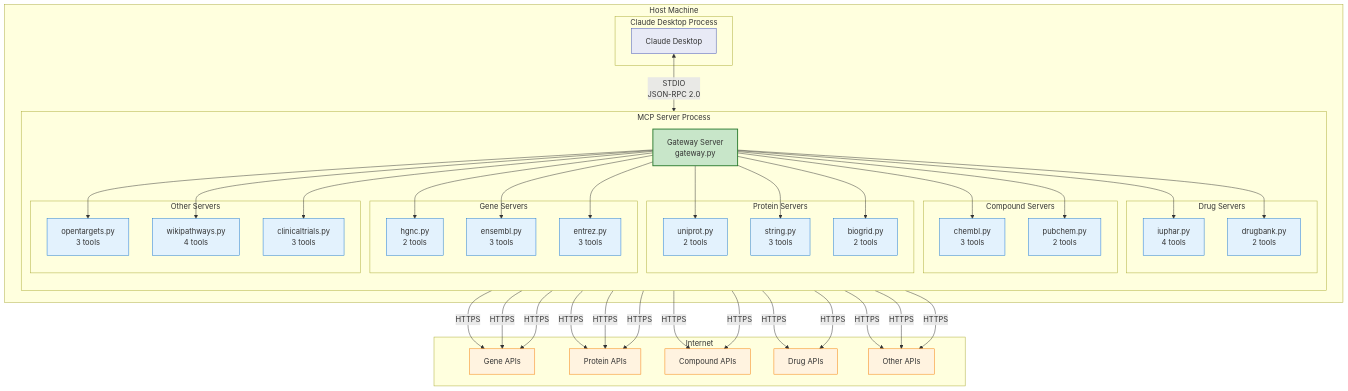
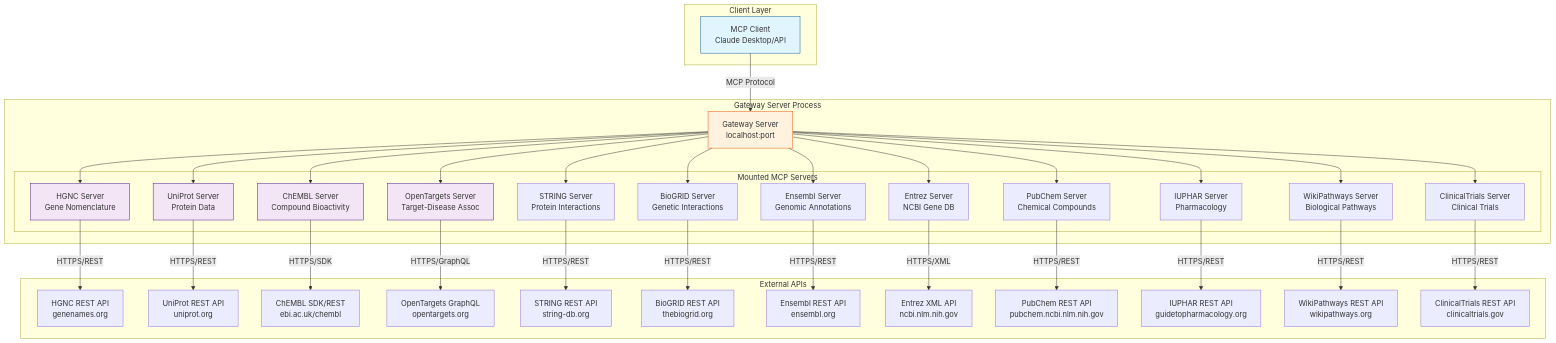
One commit to donbr/lifesciences-research changed the first of 11 diagrams in architecture/diagrams/06_deployment_architecture.md. Above: the diagram before and after it, drawn with Mermaid. The commit also changed other lines of this file and 8 other files, not shown here.

````diff
--- a/architecture/diagrams/06_deployment_architecture.md
+++ b/architecture/diagrams/06_deployment_architecture.md
@@ -73,73 +13,75 @@
 ```mermaid
 graph TB
-    subgraph "Host Machine"
-        subgraph "Claude Desktop Process"
-            CD[Claude Desktop]
-        end
-
-        subgraph "MCP Server Process"
-            direction TB
-            GW[Gateway Server<br/>gateway.py]
-
-            subgraph "Gene Servers"
-                HGNC[hgnc.py<br/>2 tools]
-                ENS[ensembl.py<br/>3 tools]
-                ENT[entrez.py<br/>3 tools]
-            end
-
-            subgraph "Protein Servers"
-                UP[uniprot.py<br/>2 tools]
-                STR[string.py<br/>3 tools]
-                BG[biogrid.py<br/>2 tools]
-            end
-
-            subgraph "Compound Servers"
-                CH[chembl.py<br/>3 tools]
-                PC[pubchem.py<br/>2 tools]
-            end
-
-            subgraph "Drug Servers"
-                IU[iuphar.py<br/>4 tools]
-                DB[drugbank.py<br/>2 tools]
-            end
-
-            subgraph "Other Servers"
-                OT[opentargets.py<br/>3 tools]
-                WP[wikipathways.py<br/>4 tools]
-                CT[clinicaltrials.py<br/>3 tools]
-            end
-
-            GW --> HGNC & ENS & ENT
-            GW --> UP & STR & BG
-            GW --> CH & PC
-            GW --> IU & DB
-            GW --> OT & WP & CT
-        end
-
-        CD <-->|STDIO<br/>JSON-RPC 2.0| GW
+    subgraph "Client Layer"
+        Client[MCP Client<br/>Claude Desktop/API]
     end
 
-    subgraph "Internet"
-        API1[Gene APIs]
-        API2[Protein APIs]
-        API3[Compound APIs]
-        API4[Drug APIs]
-        API5[Other APIs]
+    subgraph "Gateway Server Process"
+        Gateway[Gateway Server<br/>localhost:port]
+
+        subgraph "Mounted MCP Servers"
+            HGNC[HGNC Server<br/>Gene Nomenclature]
+            UniProt[UniProt Server<br/>Protein Data]
+            ChEMBL[ChEMBL Server<br/>Compound Bioactivity]
+            OpenTargets[OpenTargets Server<br/>Target-Disease Assoc]
+            STRING[STRING Server<br/>Protein Interactions]
+            BioGRID[BioGRID Server<br/>Genetic Interactions]
+            Ensembl[Ensembl Server<br/>Genomic Annotations]
+            Entrez[Entrez Server<br/>NCBI Gene DB]
+            PubChem[PubChem Server<br/>Chemical Compounds]
+            IUPHAR[IUPHAR Server<br/>Pharmacology]
+            WikiPathways[WikiPathways Server<br/>Biological Pathways]
+            ClinicalTrials[ClinicalTrials Server<br/>Clinical Trials]
+        end
     end
 
-    HGNC & ENS & ENT -->|HTTPS| API1
-    UP & STR & BG -->|HTTPS| API2
-    CH & PC -->|HTTPS| API3
-    IU & DB -->|HTTPS| API4
-    OT & WP & CT -->|HTTPS| API5
+    subgraph "External APIs"
+        HGNC_API[HGNC REST API<br/>genenames.org]
+        UniProt_API[UniProt REST API<br/>uniprot.org]
+        ChEMBL_API[ChEMBL SDK/REST<br/>ebi.ac.uk/chembl]
+        OpenTargets_API[OpenTargets GraphQL<br/>opentargets.org]
+        STRING_API[STRING REST API<br/>string-db.org]
+        BioGRID_API[BioGRID REST API<br/>thebiogrid.org]
+        Ensembl_API[Ensembl REST API<br/>ensembl.org]
+        Entrez_API[Entrez XML API<br/>ncbi.nlm.nih.gov]
+        PubChem_API[PubChem REST API<br/>pubchem.ncbi.nlm.nih.gov]
+        IUPHAR_API[IUPHAR REST API<br/>guidetopharmacology.org]
+        WikiPathways_API[WikiPathways REST API<br/>wikipathways.org]
+        ClinicalTrials_API[ClinicalTrials REST API<br/>clinicaltrials.gov]
+    end
 
-    classDef desktop fill:#e8eaf6,stroke:#3f51b5
-    classDef gateway fill:#c8e6c9,stroke:#2e7d32,stroke-width:2px
-    classDef server fill:#e3f2fd,stroke:#1976d2
-    classDef api fill:#fff3e0,stroke:#f57c00
+    Client -->|MCP Protocol| Gateway
 
-    class CD desktop
-    class GW gateway
-    class HGNC,ENS,ENT,UP,STR,BG,CH,PC,IU,DB,OT,WP,CT server
-    class API1,API2,API3,API4,API5 api
+    Gateway --> HGNC
+    Gateway --> UniProt
+    Gateway --> ChEMBL
+    Gateway --> OpenTargets
+    Gateway --> STRING
+    Gateway --> BioGRID
+    Gateway --> Ensembl
+    Gateway --> Entrez
+    Gateway --> PubChem
+    Gateway --> IUPHAR
+    Gateway --> WikiPathways
+    Gateway --> ClinicalTrials
+
+    HGNC -->|HTTPS/REST| HGNC_API
+    UniProt -->|HTTPS/REST| UniProt_API
+    ChEMBL -->|HTTPS/SDK| ChEMBL_API
+    OpenTargets -->|HTTPS/GraphQL| OpenTargets_API
+    STRING -->|HTTPS/REST| STRING_API
+    BioGRID -->|HTTPS/REST| BioGRID_API
+    Ensembl -->|HTTPS/REST| Ensembl_API
+    Entrez -->|HTTPS/XML| Entrez_API
+    PubChem -->|HTTPS/REST| PubChem_API
+    IUPHAR -->|HTTPS/REST| IUPHAR_API
+    WikiPathways -->|HTTPS/REST| WikiPathways_API
+    ClinicalTrials -->|HTTPS/REST| ClinicalTrials_API
+
+    style Client fill:#e1f5fe,stroke:#01579b
+    style Gateway fill:#fff3e0,stroke:#e65100
+    style HGNC fill:#f3e5f5,stroke:#4a148c
+    style UniProt fill:#f3e5f5,stroke:#4a148c
+    style ChEMBL fill:#f3e5f5,stroke:#4a148c
+    style OpenTargets fill:#f3e5f5,stroke:#4a148c
 ```
````
